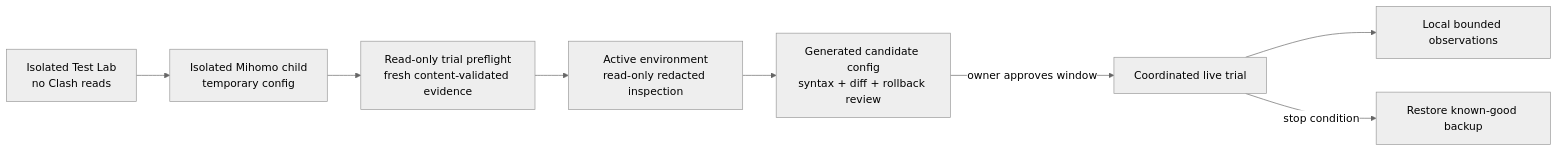
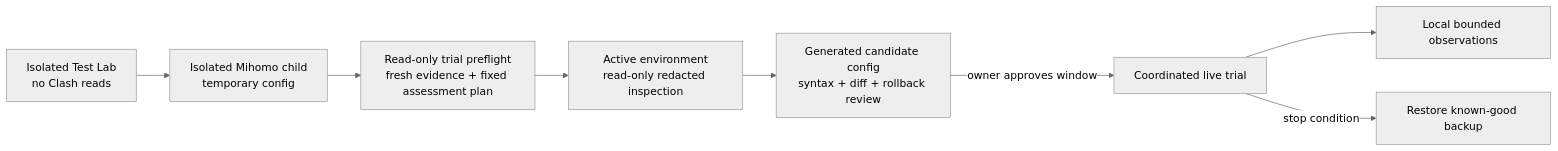
The diagram in docs/08-observation-and-live-trial.md (firfisa/smartroute), drawn with Mermaid (neutral theme) before and after one commit. The commit also changed other lines of this file and 118 other files, not shown here.

````diff
--- a/docs/08-observation-and-live-trial.md
+++ b/docs/08-observation-and-live-trial.md
@@ -28,10 +28,10 @@
 ```mermaid
 flowchart LR
     Lab["Isolated Test Lab\nno Clash reads"] --> Spike["Isolated Mihomo child\ntemporary config"]
-    Spike --> Preflight["Read-only trial preflight\nfresh content-validated evidence"]
+    Spike --> Preflight["Read-only trial preflight\nfresh evidence + fixed assessment plan"]
     Preflight --> Inspect["Active environment\nread-only redacted inspection"]
     Inspect --> Review["Generated candidate config\nsyntax + diff + rollback review"]
     Review -->|"owner approves window"| Trial["Coordinated live trial"]
     Trial --> Analyze["Local bounded observations"]
     Trial -->|"stop condition"| Rollback["Restore known-good backup"]
 ```
````
